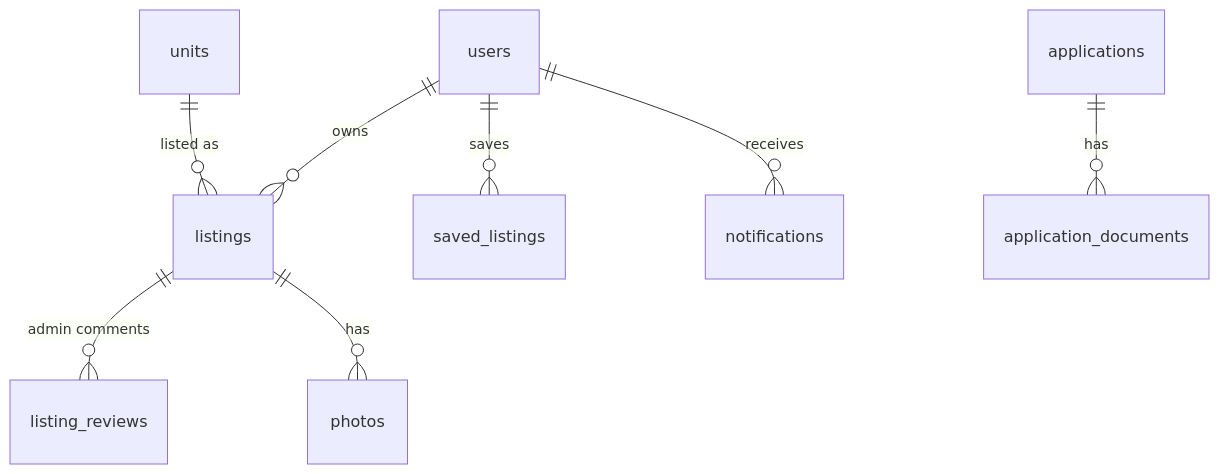
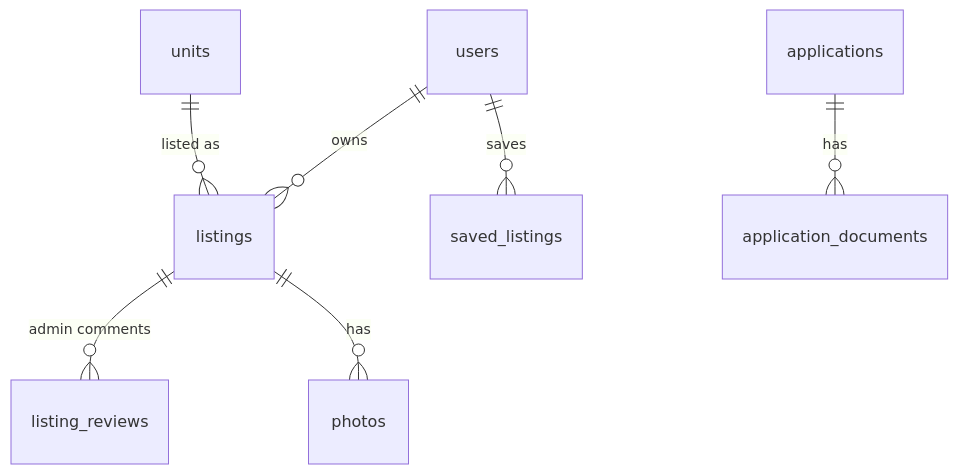
Before and after one commit to henryxoliveira/stable: the tenth of 10 diagrams in README.md, drawn with Mermaid. The commit also changed other lines of this file and 18 other files, not shown here.

````diff
--- a/README.md
+++ b/README.md
@@ -531,10 +564,9 @@
 ```mermaid
 erDiagram
     units ||--o{ listings : "listed as"
     users ||--o{ listings : owns
     listings ||--o{ listing_reviews : "admin comments"
     listings ||--o{ photos : has
     users ||--o{ saved_listings : saves
     applications ||--o{ application_documents : has
-    users ||--o{ notifications : receives
 ```
````
